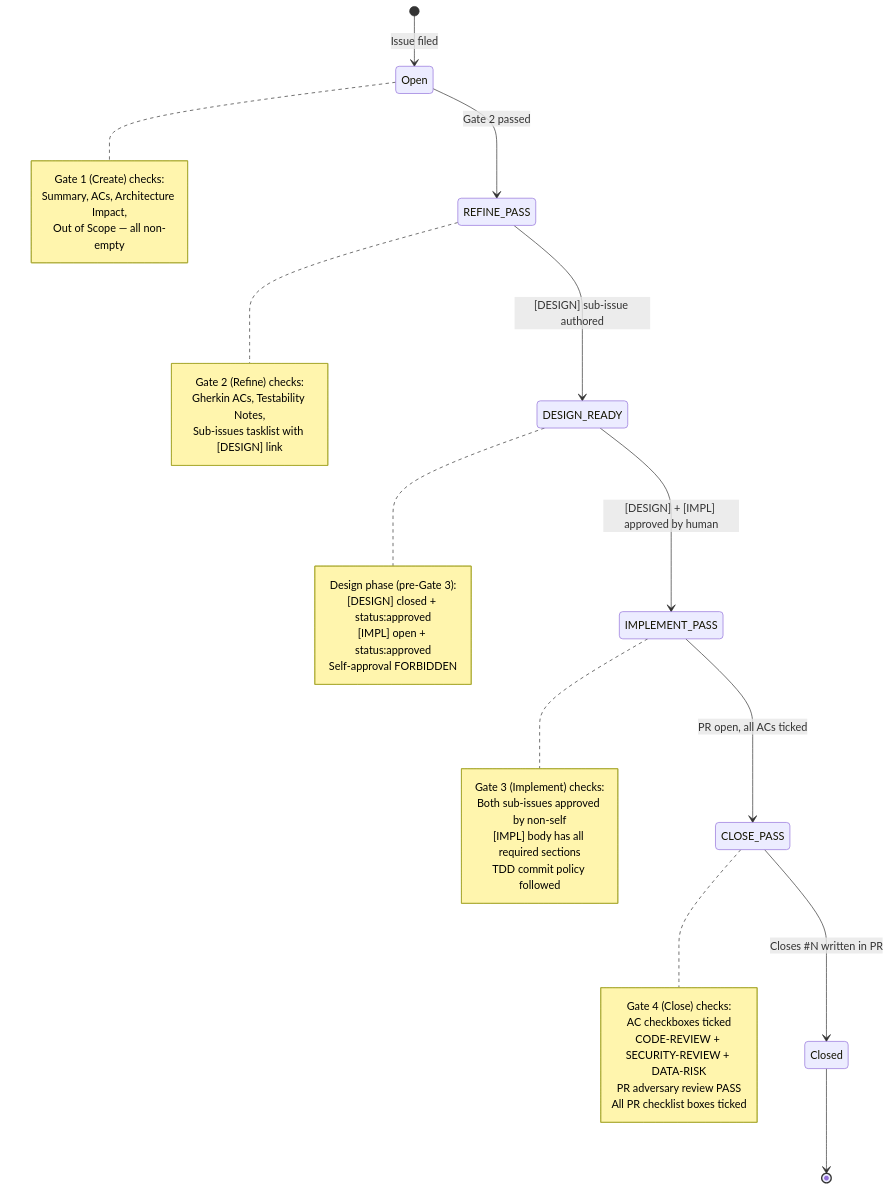
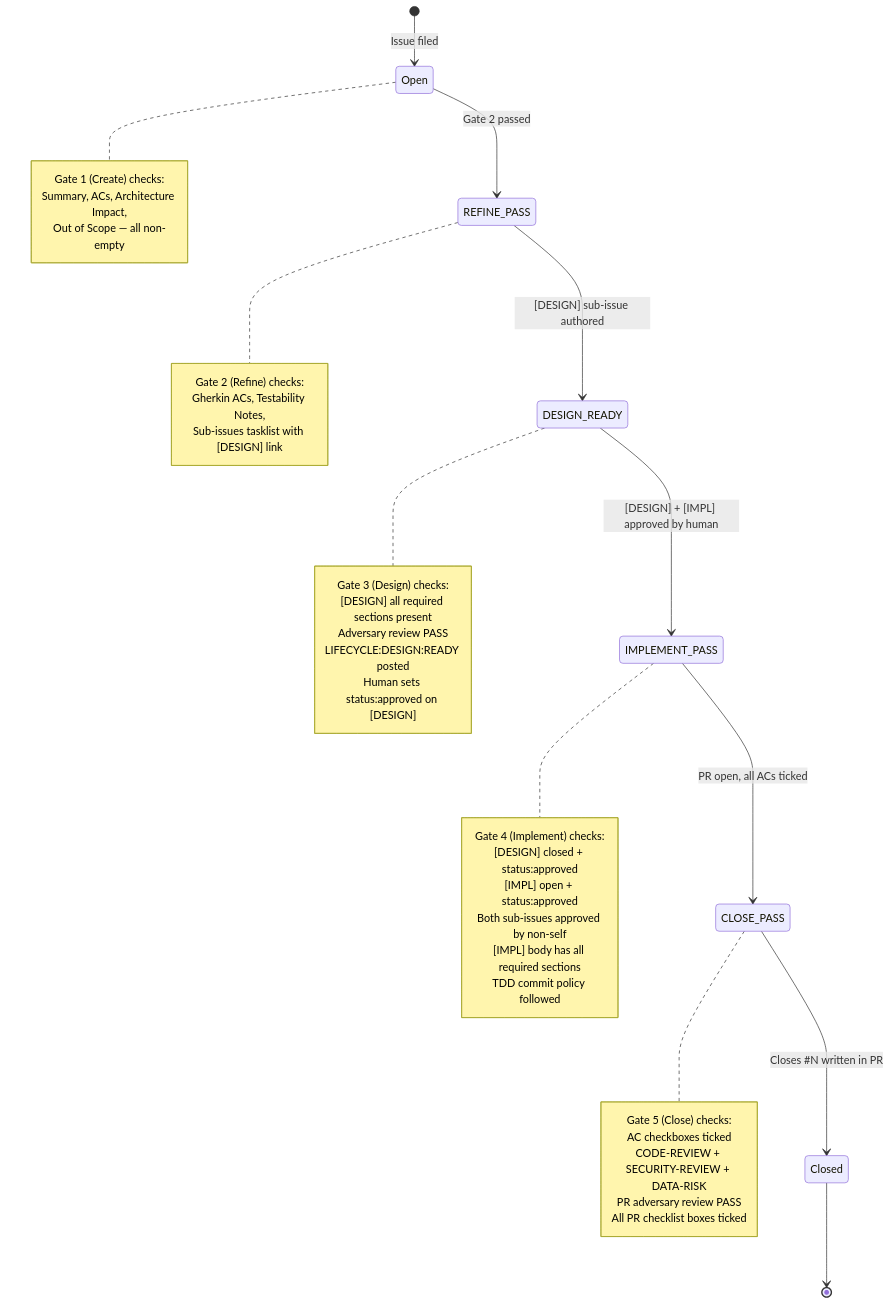
One commit to GenCr-ft/gcs-core-governance changed the diagram in human-guides/wi-lifecycle-flow.md. Above: the diagram before and after it, drawn with Mermaid. The commit also changed other lines of this file and 2 other files, not shown here.

Commit message:
feat(governance): issue-194 — Reconcile gate-count inconsistency by adding Gate 3 Design to GOV-PROT-003 and its Marker Tokens table, fix lexicon.yml WI source attribution, and align wi-lifecycle-flow.md state diagram and Gate Summary Table to the 5-gate lifecycle.

````diff
--- a/human-guides/wi-lifecycle-flow.md
+++ b/human-guides/wi-lifecycle-flow.md
@@ -22,45 +22,48 @@
 ```mermaid
 stateDiagram-v2
     [*] --> Open : Issue filed
 
     Open --> REFINE_PASS : Gate 2 passed
     note right of Open
         Gate 1 (Create) checks:
         Summary, ACs, Architecture Impact,
         Out of Scope — all non-empty
     end note
 
     REFINE_PASS --> DESIGN_READY : [DESIGN] sub-issue authored
     note right of REFINE_PASS
         Gate 2 (Refine) checks:
         Gherkin ACs, Testability Notes,
         Sub-issues tasklist with [DESIGN] link
     end note
 
     DESIGN_READY --> IMPLEMENT_PASS : [DESIGN] + [IMPL] approved by human
     note right of DESIGN_READY
-        Design phase (pre-Gate 3):
-        [DESIGN] closed + status:approved
-        [IMPL] open + status:approved
-        Self-approval FORBIDDEN
+        Gate 3 (Design) checks:
+        [DESIGN] all required sections present
+        Adversary review PASS
+        LIFECYCLE:DESIGN:READY posted
+        Human sets status:approved on [DESIGN]
     end note
 
     IMPLEMENT_PASS --> CLOSE_PASS : PR open, all ACs ticked
     note right of IMPLEMENT_PASS
-        Gate 3 (Implement) checks:
+        Gate 4 (Implement) checks:
+        [DESIGN] closed + status:approved
+        [IMPL] open + status:approved
         Both sub-issues approved by non-self
         [IMPL] body has all required sections
         TDD commit policy followed
     end note
 
     CLOSE_PASS --> Closed : Closes #N written in PR
     note right of CLOSE_PASS
-        Gate 4 (Close) checks:
+        Gate 5 (Close) checks:
         AC checkboxes ticked
         CODE-REVIEW + SECURITY-REVIEW + DATA-RISK
         PR adversary review PASS
         All PR checklist boxes ticked
     end note
 
     Closed --> [*]
 ```
````
